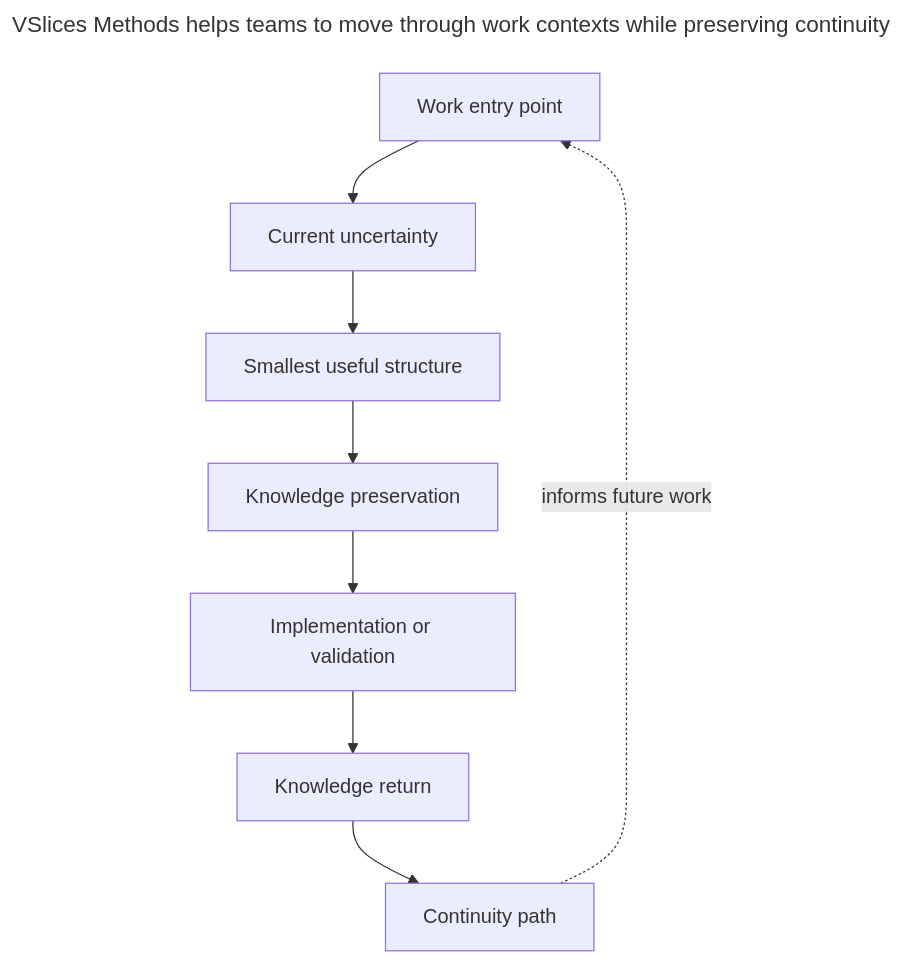
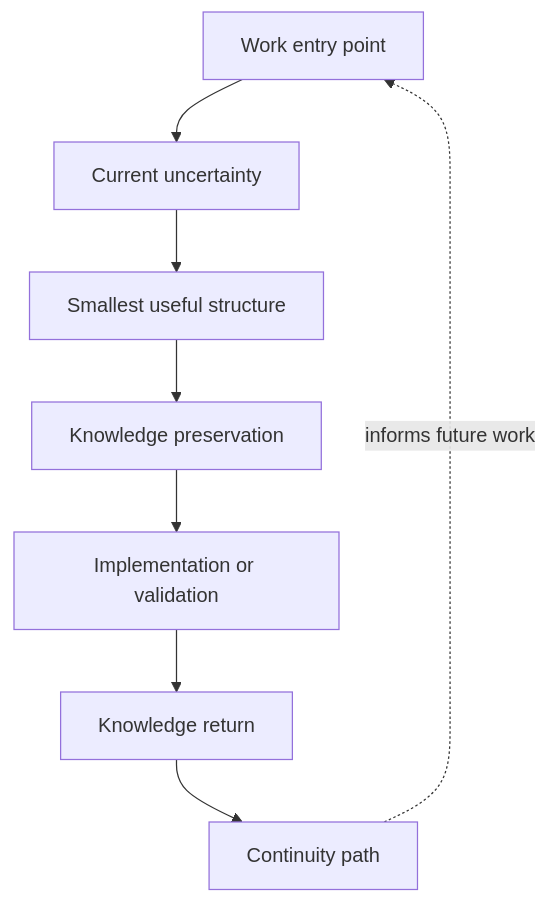
Before and after one commit to vslices/docs: the second of 2 diagrams in docs/en/products/method/glossary.md, drawn with Mermaid. The commit also changed other lines of this file and 15 other files, not shown here.

````diff
--- a/docs/en/products/method/glossary.md
+++ b/docs/en/products/method/glossary.md
@@ -99,21 +101,18 @@
 ```mermaid
----
-title: VSlices Methods helps teams to move through work contexts while preserving continuity
----
 flowchart TD
     A[Work entry point]
     B[Current uncertainty]
     C[Smallest useful structure]
     D[Knowledge preservation]
     E[Implementation or validation]
     F[Knowledge return]
     G[Continuity path]
 
     A --> B
     B --> C
     C --> D
     D --> E
     E --> F
     F --> G
     G -. informs future work .-> A
 ```
````
